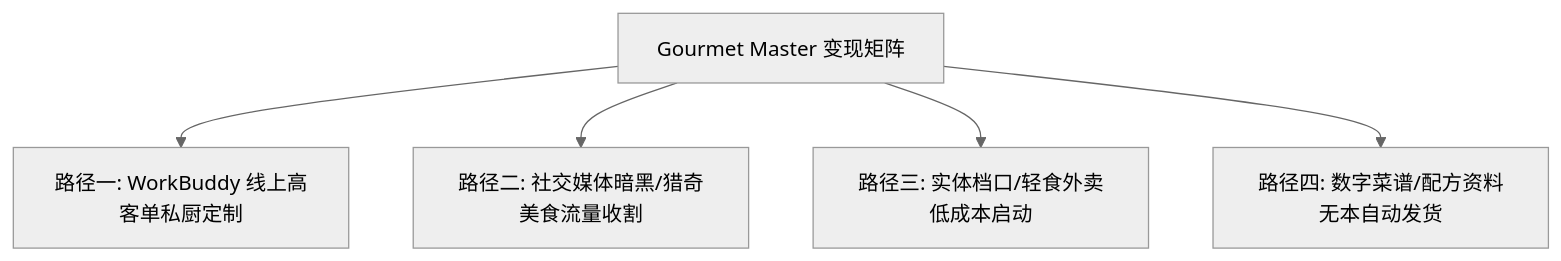
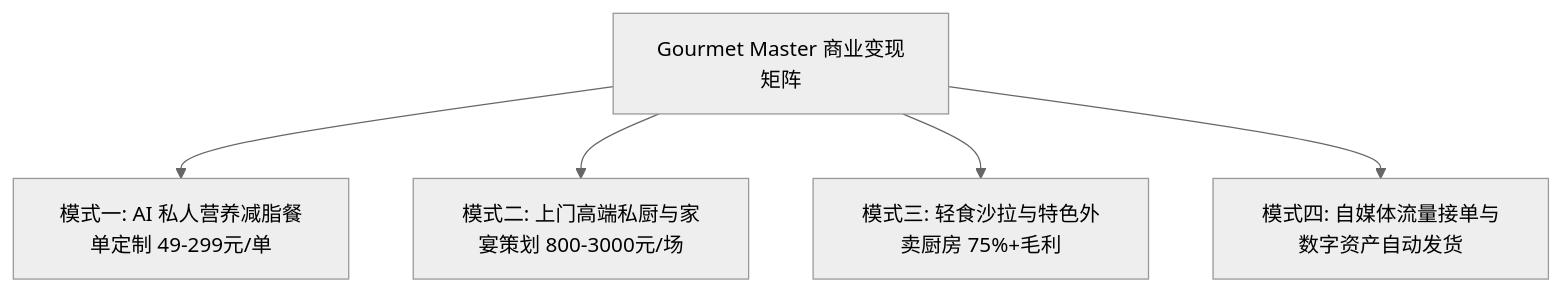
The diagram in references/05_monetization_and_content.md (BugMaker123/gourmet-master), drawn with Mermaid (neutral theme) before and after one commit. The commit also changed other lines of this file and 6 other files, not shown here.

````diff
--- a/references/05_monetization_and_content.md
+++ b/references/05_monetization_and_content.md
@@ -9,7 +9,7 @@
 ```mermaid
 flowchart TD
-    A[Gourmet Master 变现矩阵] --> B[路径一: WorkBuddy 线上高客单私厨定制]
-    A --> C[路径二: 社交媒体暗黑/猎奇美食流量收割]
-    A --> D[路径三: 实体档口/轻食外卖低成本启动]
-    A --> E[路径四: 数字菜谱/配方资料无本自动发货]
+    A[Gourmet Master 商业变现矩阵] --> B[模式一: AI 私人营养减脂餐单定制 49-299元/单]
+    A --> C[模式二: 上门高端私厨与家宴策划 800-3000元/场]
+    A --> D[模式三: 轻食沙拉与特色外卖厨房 75%+毛利]
+    A --> E[模式四: 自媒体流量接单与数字资产自动发货]
 ```
````
